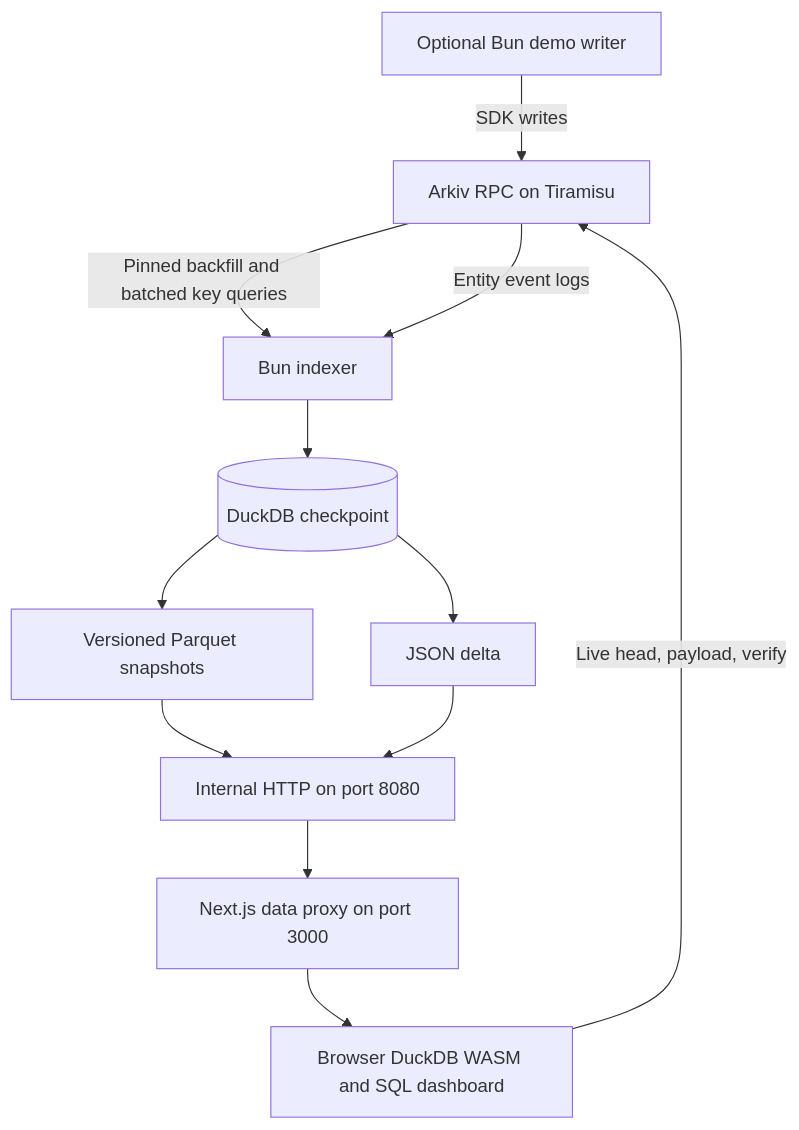
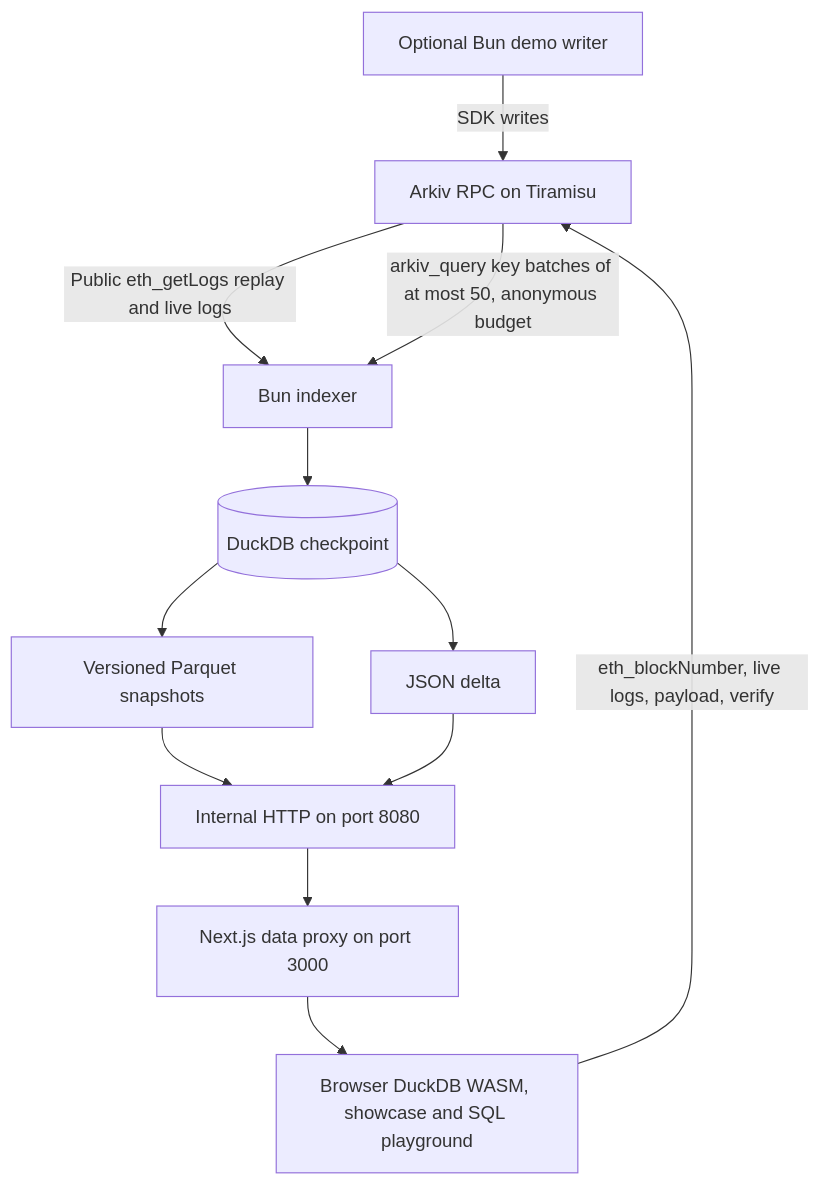
Before and after one commit to SlayerAnsh/hackathon-duckdb-indexer: the diagram in README.md, drawn with Mermaid. The commit also changed other lines of this file and 5 other files, not shown here.

First line of the commit message:
docs: developer data API, judge reproduction and refreshed Arkiv schema and friction

````diff
--- a/README.md
+++ b/README.md
@@ -58,14 +14,14 @@
 ```mermaid
 flowchart TD
-  RPC[Arkiv RPC on Tiramisu] -->|Pinned backfill and batched key queries| Indexer[Bun indexer]
-  RPC -->|Entity event logs| Indexer
+  RPC[Arkiv RPC on Tiramisu] -->|Public eth_getLogs replay and live logs| Indexer[Bun indexer]
+  RPC -->|arkiv_query key batches of at most 50, anonymous budget| Indexer
   Indexer --> DB[(DuckDB checkpoint)]
   DB --> Snapshot[Versioned Parquet snapshots]
   DB --> Delta[JSON delta]
   Snapshot --> HTTP[Internal HTTP on port 8080]
   Delta --> HTTP
   HTTP --> Proxy[Next.js data proxy on port 3000]
-  Proxy --> Browser[Browser DuckDB WASM and SQL dashboard]
-  Browser -->|Live head, payload, verify| RPC
+  Proxy --> Browser[Browser DuckDB WASM, showcase and SQL playground]
+  Browser -->|eth_blockNumber, live logs, payload, verify| RPC
   Writer[Optional Bun demo writer] -->|SDK writes| RPC
 ```
````
